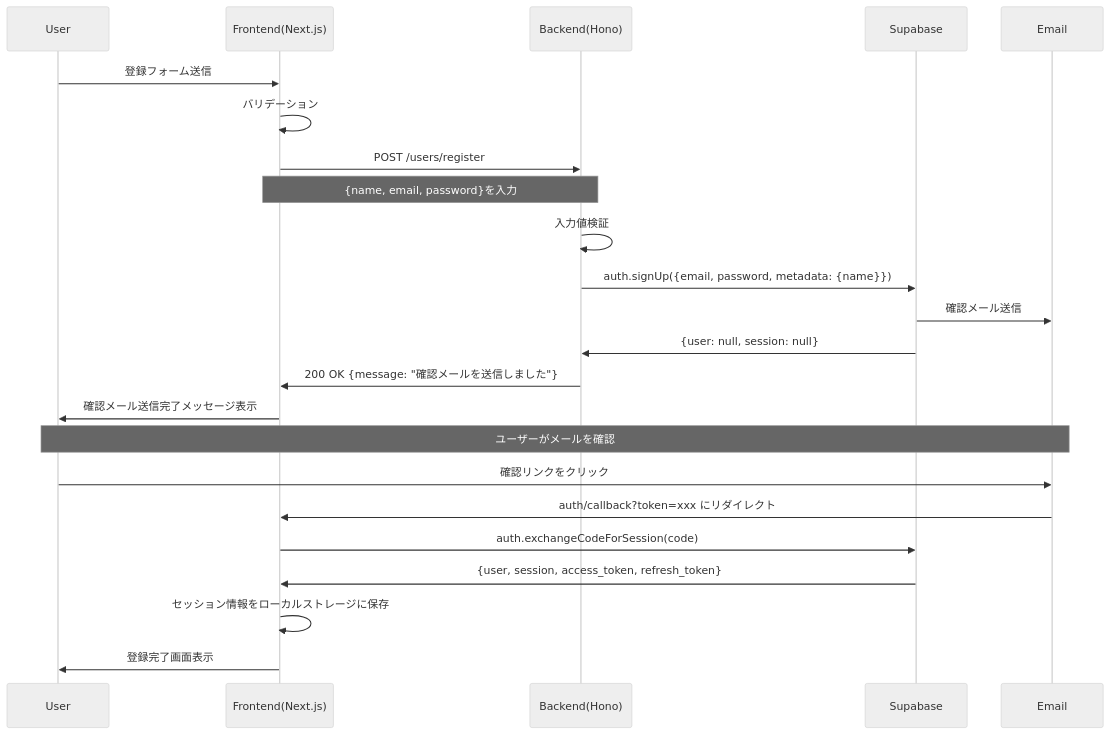
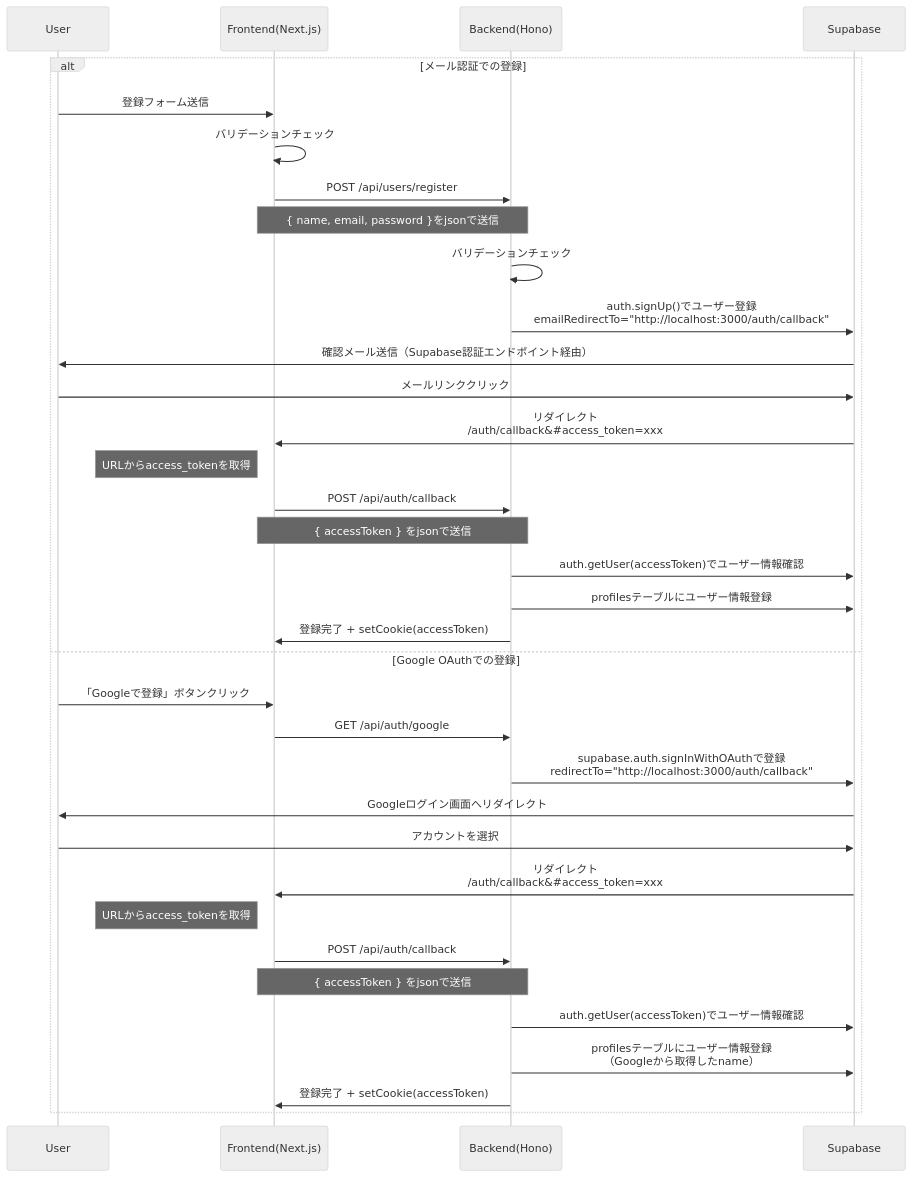
The first of 4 diagrams in docs/station3/doc.md (Takuya0202/foodsnap), drawn with Mermaid (neutral theme) before and after one commit. The commit also changed other lines of this file and 1 other file, not shown here.

Commit message:
認証のシーケンス図作成

````diff
--- a/docs/station3/doc.md
+++ b/docs/station3/doc.md
@@ -44,30 +44,41 @@
 ```mermaid
 sequenceDiagram
   participant U as User
   participant F as Frontend(Next.js)
   participant B as Backend(Hono)
-  participant S as Supabase
-  participant E as Email
+  participant DB as Supabase
 
-  U->>F: 登録フォーム送信
-  F->>F: バリデーション
-  F->>B: POST /users/register
-  Note over F,B: {name, email, password}を入力
-  
-  B->>B: 入力値検証
-  B->>S: auth.signUp({email, password, metadata: {name}})
+  alt メール認証での登録
+    U->>F: 登録フォーム送信
+    F->>F: バリデーションチェック
+    F->>B: POST /api/users/register
+    Note over F,B: { name, email, password }をjsonで送信
+    
+    B->>B: バリデーションチェック
+    B->>DB: auth.signUp()でユーザー登録<br/>emailRedirectTo="http://localhost:3000/auth/callback"
 
-  S->>E: 確認メール送信
-  S->>B: {user: null, session: null}
-  B->>F: 200 OK {message: "確認メールを送信しました"}
-  F->>U: 確認メール送信完了メッセージ表示
-
-  Note over U,E: ユーザーがメールを確認
-  U->>E: 確認リンクをクリック
-  E->>F: auth/callback?token=xxx にリダイレクト
-  
-  F->>S: auth.exchangeCodeForSession(code)
-  S->>F: {user, session, access_token, refresh_token}
-  F->>F: セッション情報をローカルストレージに保存
-  F->>U: 登録完了画面表示
+    DB->>U: 確認メール送信（Supabase認証エンドポイント経由）
+    U->>DB: メールリンククリック
+    DB->>F: リダイレクト<br/>/auth/callback&#35;access_token=xxx
+    Note left of F: URLからaccess_tokenを取得
+    F->>B: POST /api/auth/callback
+    Note over F,B: { accessToken } をjsonで送信
+    B->>DB: auth.getUser(accessToken)でユーザー情報確認
+    B->>DB: profilesテーブルにユーザー情報登録
+    B->>F: 登録完了 + setCookie(accessToken)
+    
+  else Google OAuthでの登録
+    U->>F: 「Googleで登録」ボタンクリック
+    F->>B: GET /api/auth/google
+    B->>DB: supabase.auth.signInWithOAuthで登録<br/>redirectTo="http://localhost:3000/auth/callback"
+    DB->>U: Googleログイン画面へリダイレクト
+    U->>DB: アカウントを選択
+    DB->>F: リダイレクト<br/>/auth/callback&#35;access_token=xxx
+    Note left of F: URLからaccess_tokenを取得
+    F->>B: POST /api/auth/callback
+    Note over F,B: { accessToken } をjsonで送信
+    B->>DB: auth.getUser(accessToken)でユーザー情報確認
+    B->>DB: profilesテーブルにユーザー情報登録<br/>（Googleから取得したname）
+    B->>F: 登録完了 + setCookie(accessToken)
+  end
 ```
````
